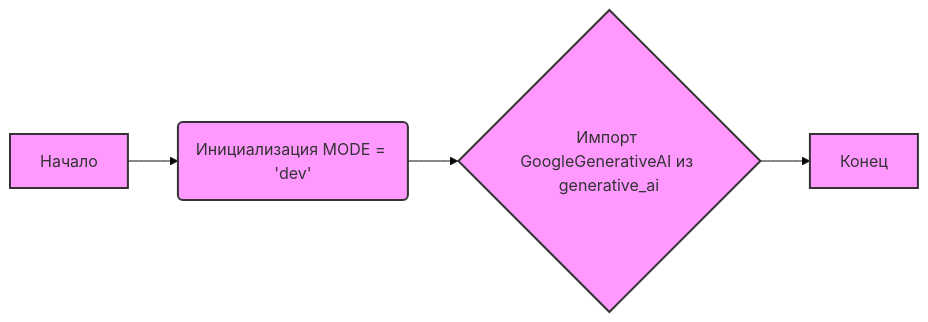
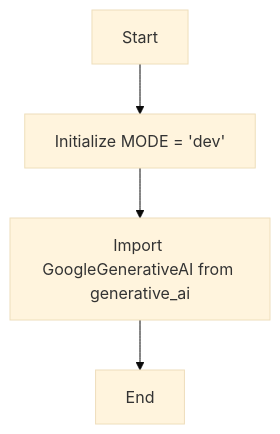
Before and after one commit to hypo69/hypo: the diagram in docs/gemini/ru/explainer/src/ai/gemini/__init__.py.md, drawn with Mermaid (base theme). The commit also changed other lines of this file and 3338 other files, not shown here.

````diff
--- a/docs/gemini/ru/explainer/src/ai/gemini/__init__.py.md
+++ b/docs/gemini/ru/explainer/src/ai/gemini/__init__.py.md
@@ -16,8 +14,6 @@
 ```mermaid
-graph LR
-    A[Начало] --> B(Инициализация MODE = 'dev');
-    B --> C{Импорт GoogleGenerativeAI из generative_ai};
-    C --> D[Конец];
-    classDef process fill:#f9f,stroke:#333,stroke-width:2px
-    class A,B,C,D process
+flowchart TD
+    Start --> InitializeMode[Initialize MODE = 'dev']
+    InitializeMode --> ImportClass[Import GoogleGenerativeAI from generative_ai]
+    ImportClass --> End
 ```
````
